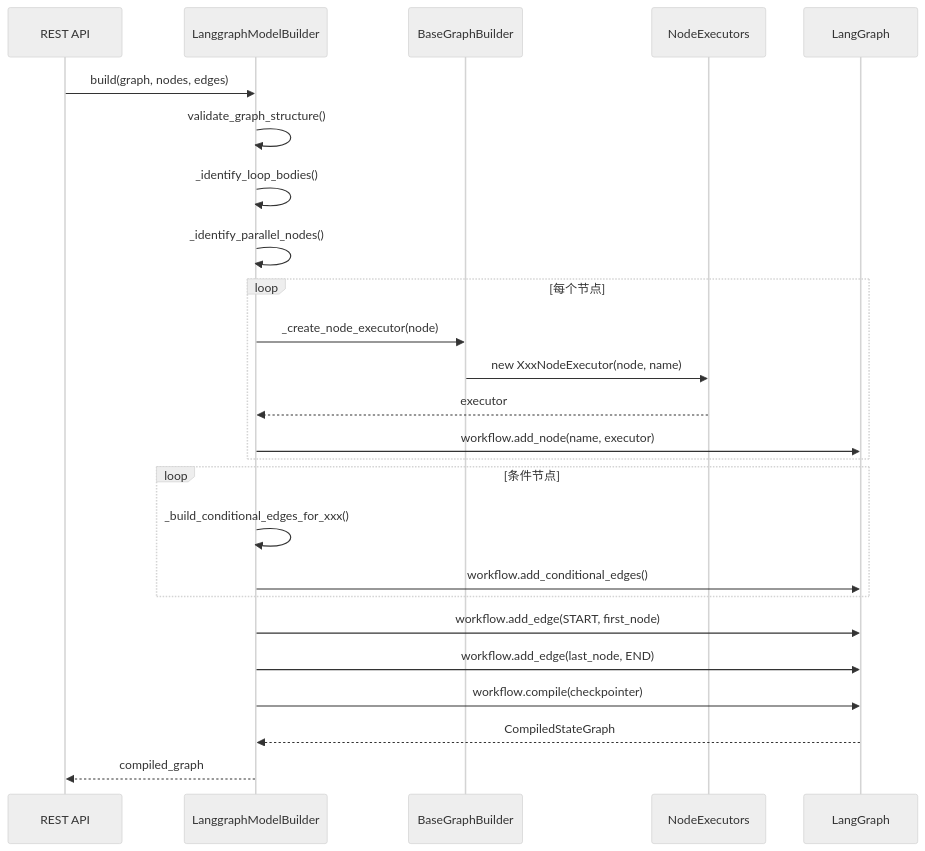
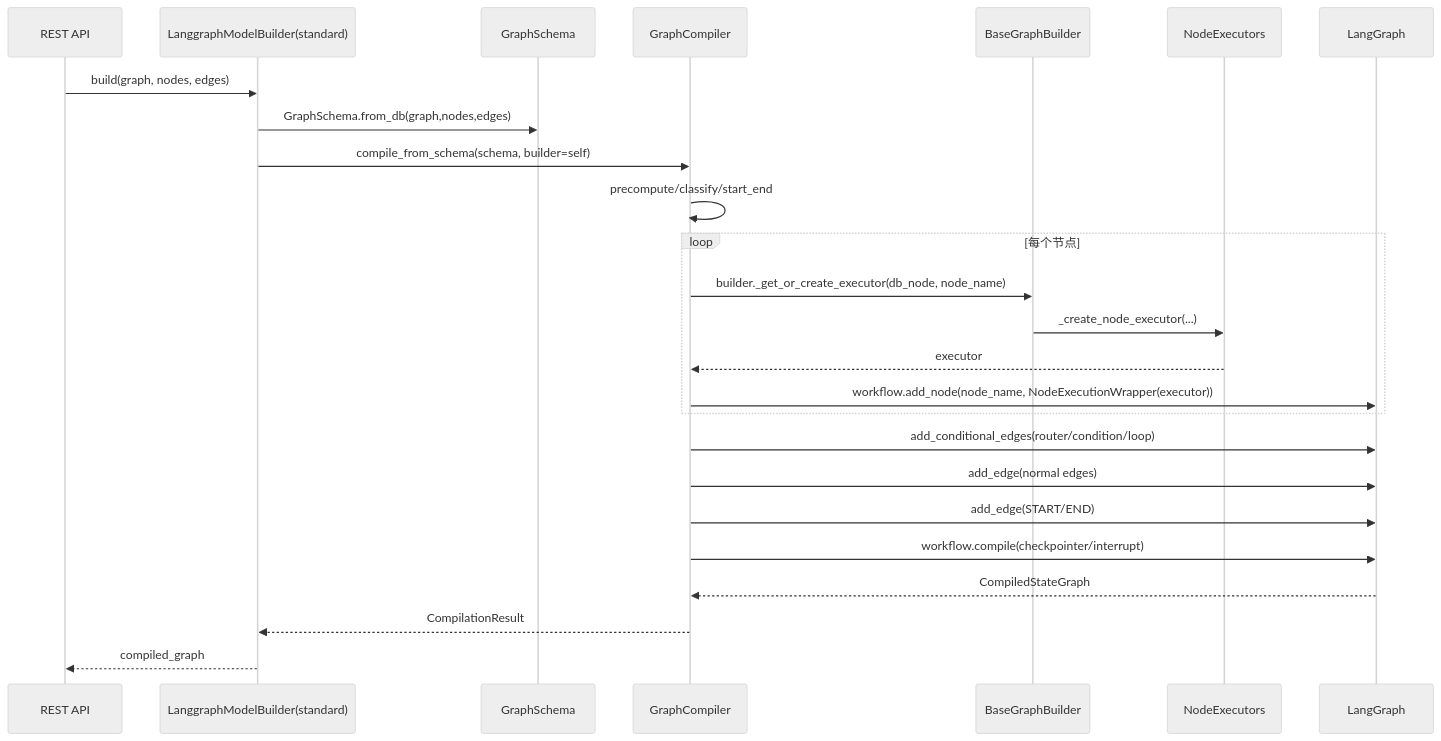
One commit to jd-opensource/JoySafeter changed the fifth of 10 diagrams in docs/GRAPH_BUILDER_ARCHITECTURE.md. Above: the diagram before and after it, drawn with Mermaid (neutral theme). The commit also changed other lines of this file and 7 other files, not shown here.

````diff
--- a/docs/GRAPH_BUILDER_ARCHITECTURE.md
+++ b/docs/GRAPH_BUILDER_ARCHITECTURE.md
@@ -624,31 +620,29 @@
 ```mermaid
 sequenceDiagram
     participant API as REST API
-    participant Builder as LanggraphModelBuilder
+    participant Builder as LanggraphModelBuilder(standard)
+    participant Schema as GraphSchema
+    participant Compiler as GraphCompiler
     participant Base as BaseGraphBuilder
     participant Exec as NodeExecutors
     participant LG as LangGraph
 
     API->>Builder: build(graph, nodes, edges)
-    Builder->>Builder: validate_graph_structure()
-    Builder->>Builder: _identify_loop_bodies()
-    Builder->>Builder: _identify_parallel_nodes()
-
+    Builder->>Schema: GraphSchema.from_db(graph,nodes,edges)
+    Builder->>Compiler: compile_from_schema(schema, builder=self)
+    Compiler->>Compiler: precompute/classify/start_end
     loop 每个节点
-        Builder->>Base: _create_node_executor(node)
-        Base->>Exec: new XxxNodeExecutor(node, name)
-        Exec-->>Builder: executor
-        Builder->>LG: workflow.add_node(name, executor)
+        Compiler->>Base: builder._get_or_create_executor(db_node, node_name)
+        Base->>Exec: _create_node_executor(...)
+        Exec-->>Compiler: executor
+        Compiler->>LG: workflow.add_node(node_name, NodeExecutionWrapper(executor))
     end
 
-    loop 条件节点
-        Builder->>Builder: _build_conditional_edges_for_xxx()
-        Builder->>LG: workflow.add_conditional_edges()
-    end
-
-    Builder->>LG: workflow.add_edge(START, first_node)
-    Builder->>LG: workflow.add_edge(last_node, END)
-    Builder->>LG: workflow.compile(checkpointer)
-    LG-->>Builder: CompiledStateGraph
+    Compiler->>LG: add_conditional_edges(router/condition/loop)
+    Compiler->>LG: add_edge(normal edges)
+    Compiler->>LG: add_edge(START/END)
+    Compiler->>LG: workflow.compile(checkpointer/interrupt)
+    LG-->>Compiler: CompiledStateGraph
+    Compiler-->>Builder: CompilationResult
     Builder-->>API: compiled_graph
 ```
````
